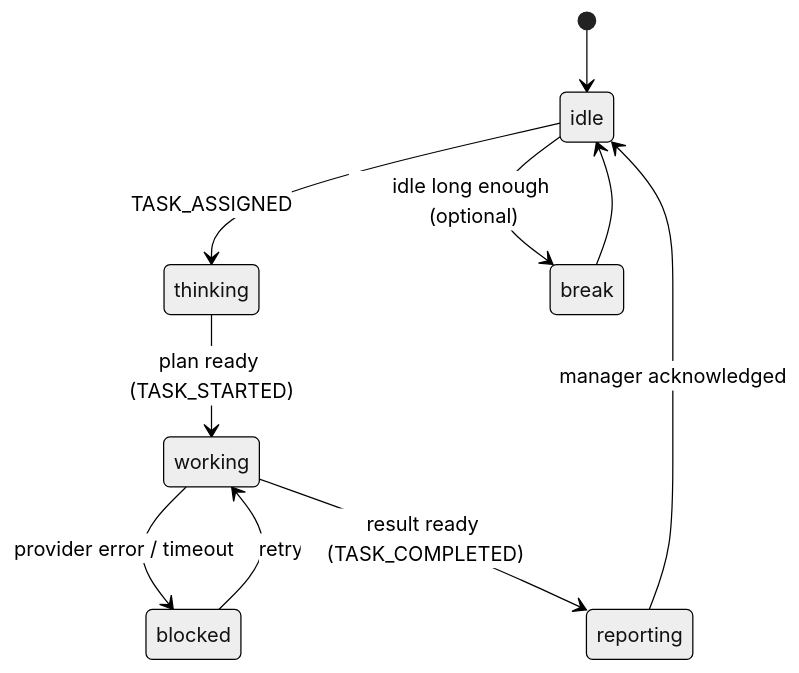
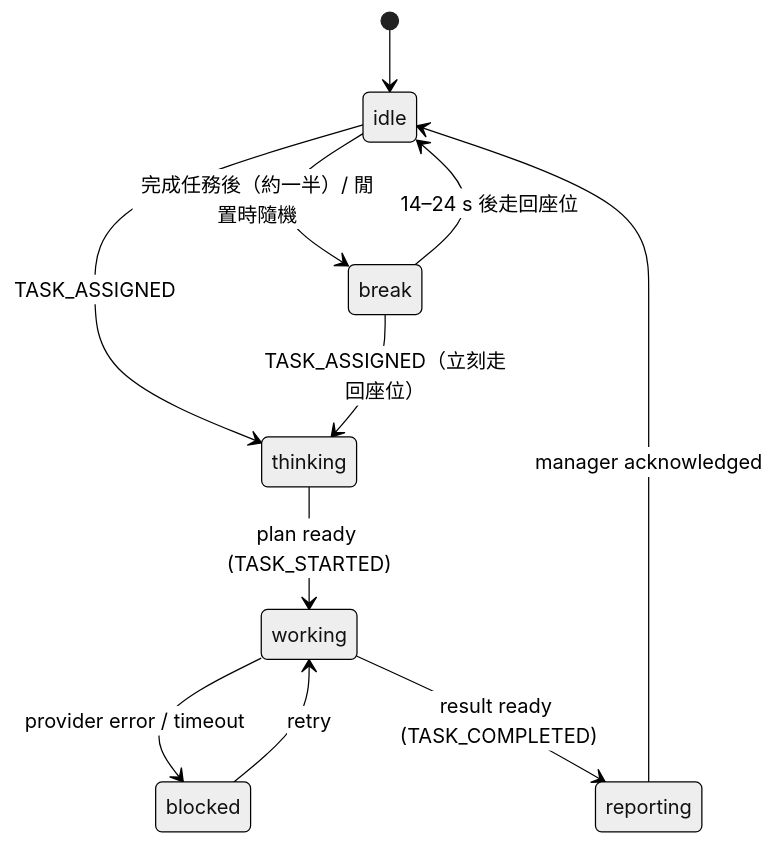
Before and after one commit to F64081169/3d-office: the fourth of 6 diagrams in docs/agent-flow.md, drawn with Mermaid (neutral theme). The commit also changed other lines of this file and 36 other files, not shown here.

````diff
--- a/docs/agent-flow.md
+++ b/docs/agent-flow.md
@@ -131,12 +132,13 @@
 ```mermaid
 stateDiagram-v2
   [*] --> idle
   idle --> thinking: TASK_ASSIGNED
   thinking --> working: plan ready (TASK_STARTED)
   working --> blocked: provider error / timeout
   blocked --> working: retry
   working --> reporting: result ready (TASK_COMPLETED)
   reporting --> idle: manager acknowledged
-  idle --> break: idle long enough (optional)
-  break --> idle
+  idle --> break: 完成任務後（約一半）/ 閒置時隨機
+  break --> idle: 14–24 s 後走回座位
+  break --> thinking: TASK_ASSIGNED（立刻走回座位）
 ```
````
